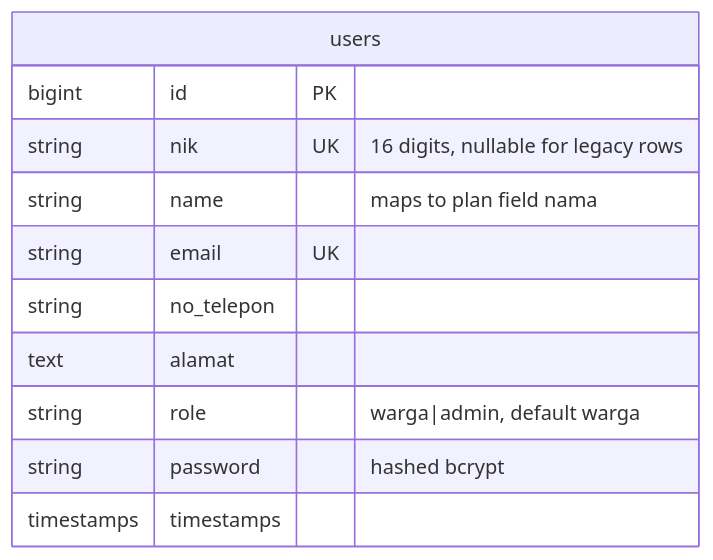
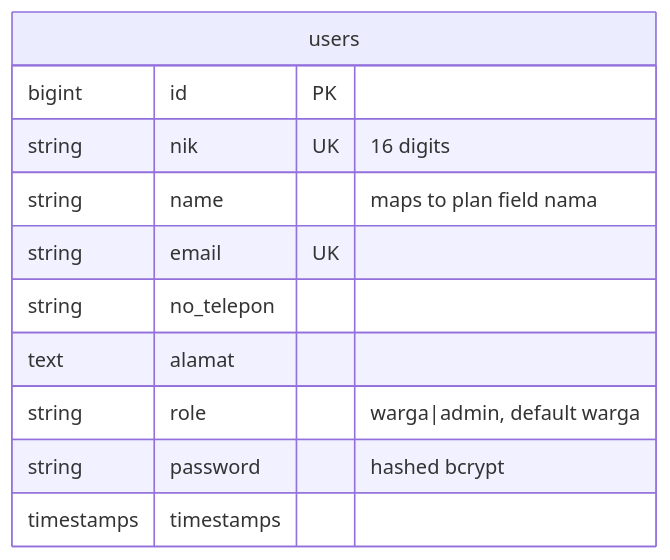
The second of 2 diagrams in docs/dev-docs/features/citizen-registration.md (ZulfikarHD/sistem-desa), drawn with Mermaid before and after one commit. The commit also changed other lines of this file and 3 other files, not shown here.

````diff
--- a/docs/dev-docs/features/citizen-registration.md
+++ b/docs/dev-docs/features/citizen-registration.md
@@ -25,14 +25,14 @@
 ```mermaid
 erDiagram
     users {
         bigint id PK
-        string nik UK "16 digits, nullable for legacy rows"
+        string nik UK "16 digits"
         string name "maps to plan field nama"
         string email UK
         string no_telepon
         text alamat
         string role "warga|admin, default warga"
         string password "hashed bcrypt"
         timestamps timestamps
     }
 ```
````
